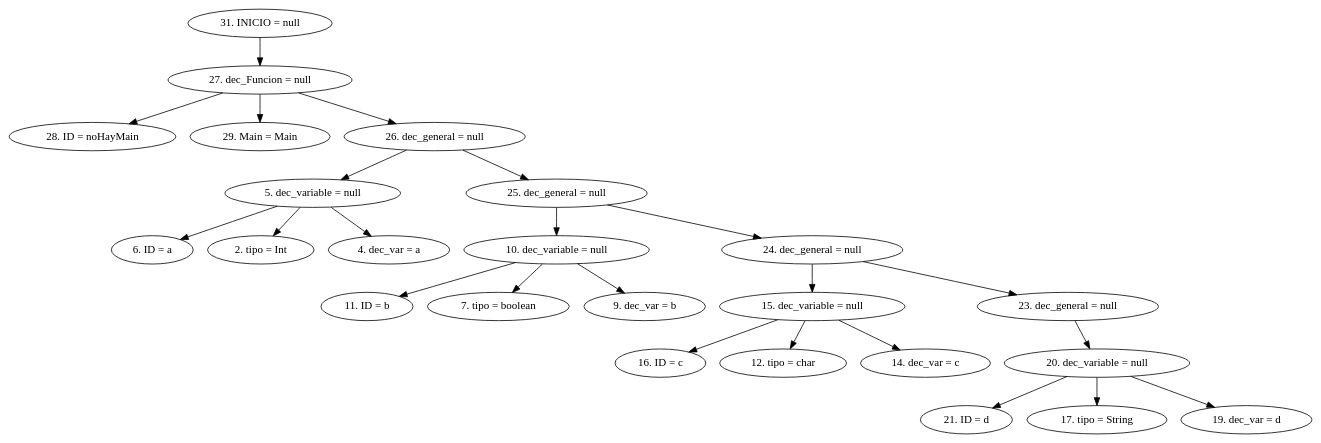
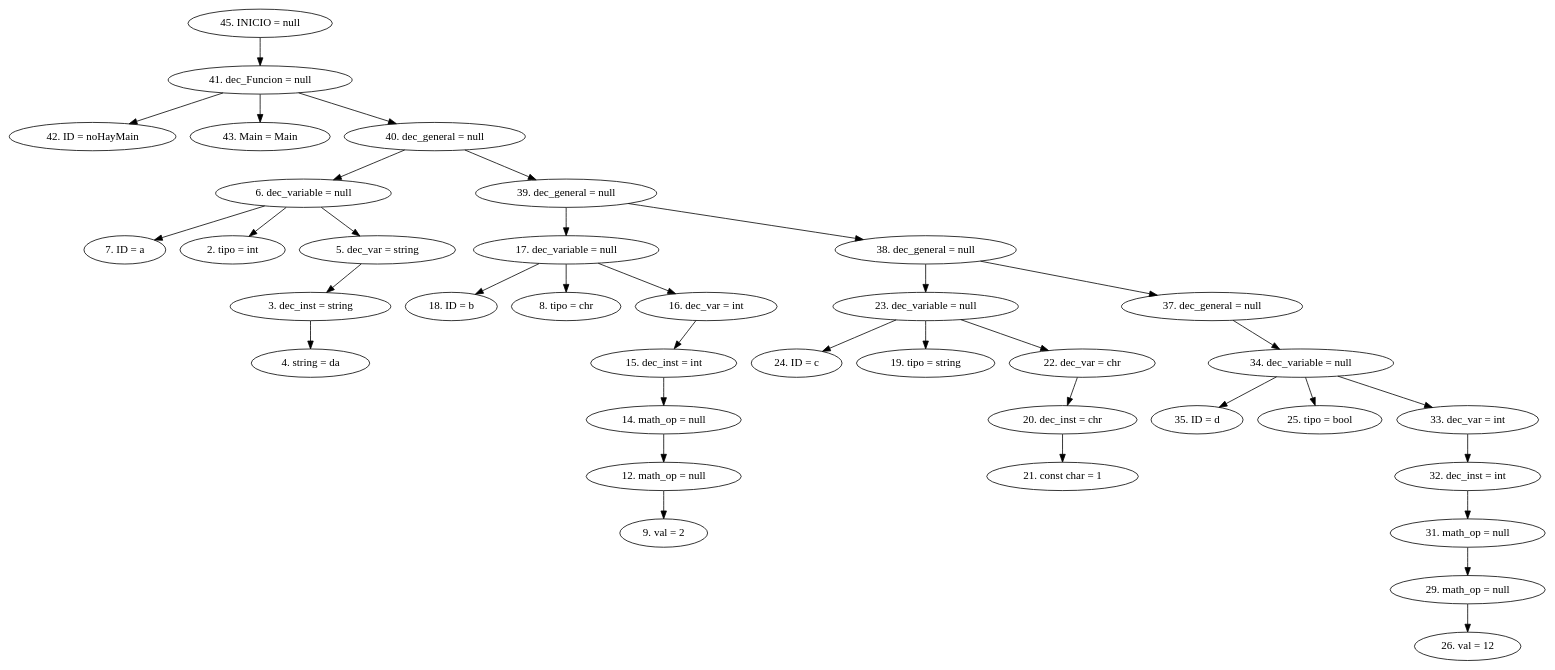
One commit to CarlosSosVos/NACHTs changed the diagram in AST.dot. Above: the diagram before and after it, drawn with Graphviz. The commit also changed 6 other files, not shown here.

```diff
--- a/AST.dot
+++ b/AST.dot
@@ -1,27 +1,39 @@
 digraph G {
-"31. INICIO = null"->"27. dec_Funcion = null"
-"27. dec_Funcion = null"->"28. ID = noHayMain"
-"27. dec_Funcion = null"->"29. Main = Main"
-"27. dec_Funcion = null"->"26. dec_general = null"
-"26. dec_general = null"->"5. dec_variable = null"
-"5. dec_variable = null"->"6. ID = a"
-"5. dec_variable = null"->"2. tipo = Int"
-"5. dec_variable = null"->"4. dec_var = a"
-"26. dec_general = null"->"25. dec_general = null"
-"25. dec_general = null"->"10. dec_variable = null"
-"10. dec_variable = null"->"11. ID = b"
-"10. dec_variable = null"->"7. tipo = boolean"
-"10. dec_variable = null"->"9. dec_var = b"
-"25. dec_general = null"->"24. dec_general = null"
-"24. dec_general = null"->"15. dec_variable = null"
-"15. dec_variable = null"->"16. ID = c"
-"15. dec_variable = null"->"12. tipo = char"
-"15. dec_variable = null"->"14. dec_var = c"
-"24. dec_general = null"->"23. dec_general = null"
-"23. dec_general = null"->"20. dec_variable = null"
-"20. dec_variable = null"->"21. ID = d"
-"20. dec_variable = null"->"17. tipo = String"
-"20. dec_variable = null"->"19. dec_var = d"
+"45. INICIO = null"->"41. dec_Funcion = null"
+"41. dec_Funcion = null"->"42. ID = noHayMain"
+"41. dec_Funcion = null"->"43. Main = Main"
+"41. dec_Funcion = null"->"40. dec_general = null"
+"40. dec_general = null"->"6. dec_variable = null"
+"6. dec_variable = null"->"7. ID = a"
+"6. dec_variable = null"->"2. tipo = int"
+"6. dec_variable = null"->"5. dec_var = string"
+"5. dec_var = string"->"3. dec_inst = string"
+"3. dec_inst = string"->"4. string = da"
+"40. dec_general = null"->"39. dec_general = null"
+"39. dec_general = null"->"17. dec_variable = null"
+"17. dec_variable = null"->"18. ID = b"
+"17. dec_variable = null"->"8. tipo = chr"
+"17. dec_variable = null"->"16. dec_var = int"
+"16. dec_var = int"->"15. dec_inst = int"
+"15. dec_inst = int"->"14. math_op = null"
+"14. math_op = null"->"12. math_op = null"
+"12. math_op = null"->"9. val = 2"
+"39. dec_general = null"->"38. dec_general = null"
+"38. dec_general = null"->"23. dec_variable = null"
+"23. dec_variable = null"->"24. ID = c"
+"23. dec_variable = null"->"19. tipo = string"
+"23. dec_variable = null"->"22. dec_var = chr"
+"22. dec_var = chr"->"20. dec_inst = chr"
+"20. dec_inst = chr"->"21. const char = 1"
+"38. dec_general = null"->"37. dec_general = null"
+"37. dec_general = null"->"34. dec_variable = null"
+"34. dec_variable = null"->"35. ID = d"
+"34. dec_variable = null"->"25. tipo = bool"
+"34. dec_variable = null"->"33. dec_var = int"
+"33. dec_var = int"->"32. dec_inst = int"
+"32. dec_inst = int"->"31. math_op = null"
+"31. math_op = null"->"29. math_op = null"
+"29. math_op = null"->"26. val = 12"
 
 
 }
```
